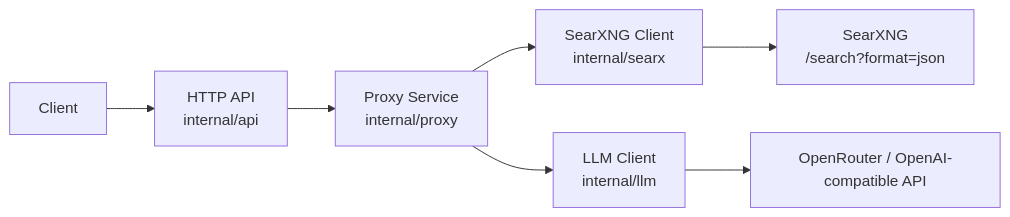
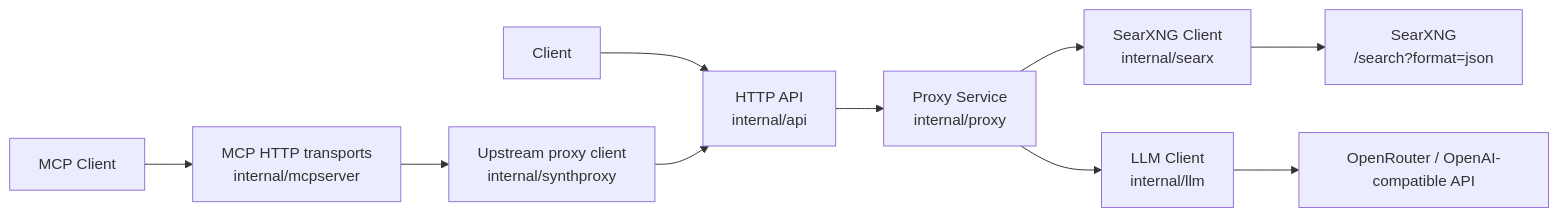
One commit to JeffreyVdb/searchxng-synthesis-proxy changed the first of 3 diagrams in docs/ARCHITECTURE.md. Above: the diagram before and after it, drawn with Mermaid. The commit also changed other lines of this file and 9 other files, not shown here.

````diff
--- a/docs/ARCHITECTURE.md
+++ b/docs/ARCHITECTURE.md
@@ -18,9 +20,13 @@
 ```mermaid
 flowchart LR
     C[Client] --> A[HTTP API\ninternal/api]
     A --> P[Proxy Service\ninternal/proxy]
     P --> S[SearXNG Client\ninternal/searx]
     P --> L[LLM Client\ninternal/llm]
     S --> SX[SearXNG\n/search?format=json]
     L --> OR[OpenRouter / OpenAI-compatible API]
+
+    MC[MCP Client] --> MT[MCP HTTP transports\ninternal/mcpserver]
+    MT --> SU[Upstream proxy client\ninternal/synthproxy]
+    SU --> A
 ```
````
